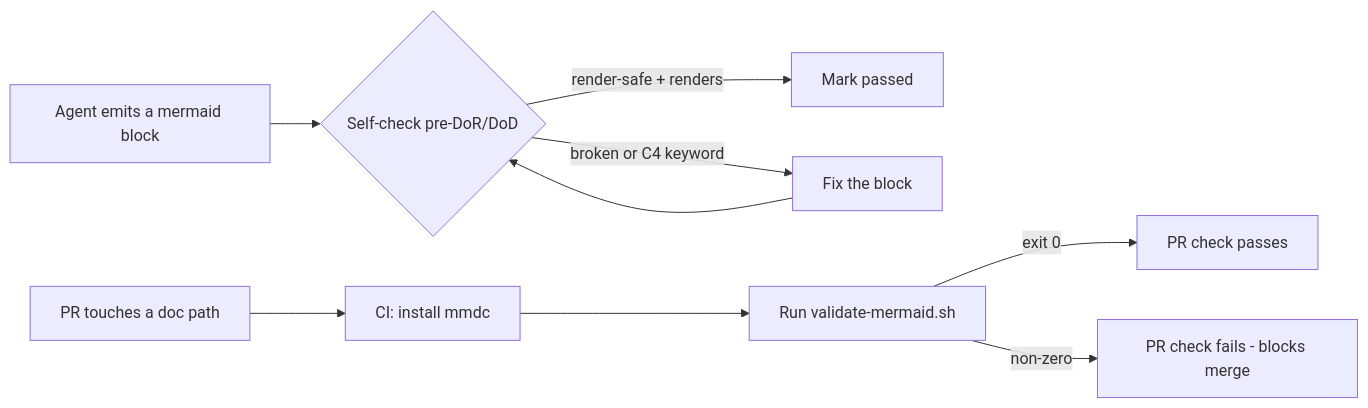
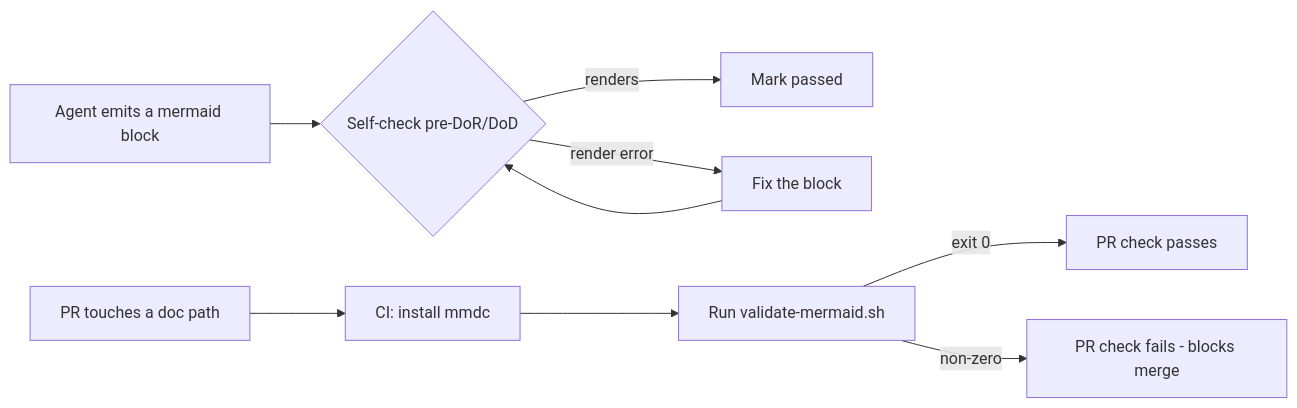
Before and after one commit to juliusz-cwiakalski/agentic-delivery-os: the diagram in doc/spec/features/feature-doc-mermaid-validation.md, drawn with Mermaid. The commit also changed other lines of this file and 10 other files, not shown here.

Commit message:
fix(GH-110): allow C4 (GitHub renders it) — validator render-only; drop keyword guard; find -- robustness [review]

````diff
--- a/doc/spec/features/feature-doc-mermaid-validation.md
+++ b/doc/spec/features/feature-doc-mermaid-validation.md
@@ -59,11 +59,11 @@
 ```mermaid
 flowchart LR
     A[Agent emits a mermaid block] --> B{Self-check pre-DoR/DoD}
-    B -->|render-safe + renders| C[Mark passed]
-    B -->|broken or C4 keyword| D[Fix the block]
+    B -->|renders| C[Mark passed]
+    B -->|render error| D[Fix the block]
     D --> B
     E[PR touches a doc path] --> F[CI: install mmdc]
     F --> G[Run validate-mermaid.sh]
     G -->|exit 0| H[PR check passes]
     G -->|non-zero| I[PR check fails - blocks merge]
 ```
````
